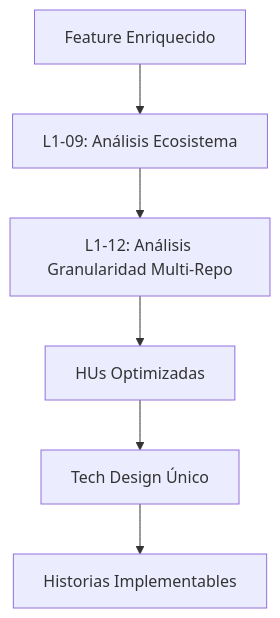
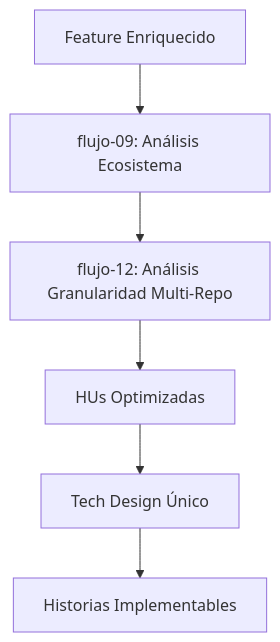
The diagram in src/katas/flujo/12-analisis-granularidad-hus-multi-repo.md (humansys/raise), drawn with Mermaid before and after one commit. The commit also changed other lines of this file and 33 other files, not shown here.

````diff
--- a/src/katas/flujo/12-analisis-granularidad-hus-multi-repo.md
+++ b/src/katas/flujo/12-analisis-granularidad-hus-multi-repo.md
@@ -21,8 +23,8 @@
 ```mermaid
 graph TD
-    A[Feature Enriquecido] --> B[L1-09: Análisis Ecosistema]
-    B --> C[L1-12: Análisis Granularidad Multi-Repo]
+    A[Feature Enriquecido] --> B[flujo-09: Análisis Ecosistema]
+    B --> C[flujo-12: Análisis Granularidad Multi-Repo]
     C --> D[HUs Optimizadas]
     D --> E[Tech Design Único]
     E --> F[Historias Implementables]
 ```
````
